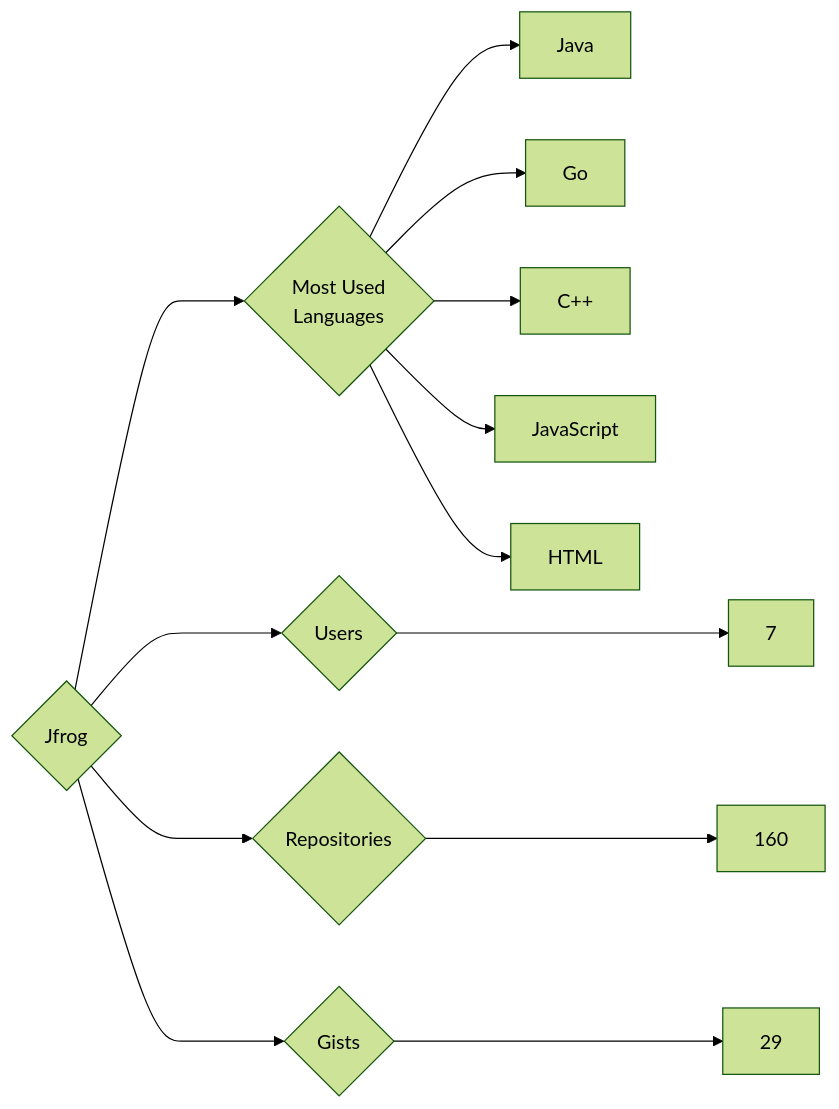
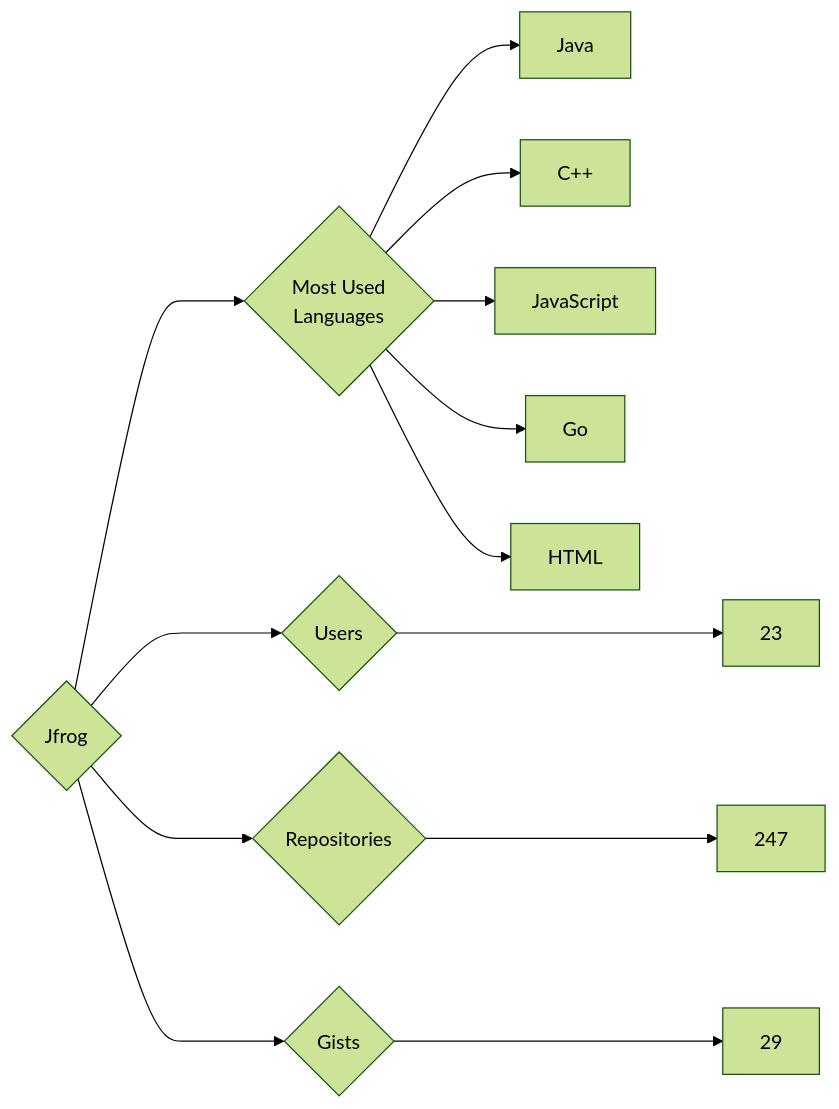
The diagram in targets/Jfrog/README.md (trickest/insiders), drawn with Mermaid (forest theme) before and after one commit. The commit also changed 899 other files, not shown here.

````diff
--- a/targets/Jfrog/README.md
+++ b/targets/Jfrog/README.md
@@ -3,13 +3,13 @@
 ```mermaid
 graph LR
 COMPANY_NAME{Jfrog}
-COMPANY_NAME ---> U{Users} ---> UN[7]
-COMPANY_NAME ---> R{Repositories} ---> RN[160]
+COMPANY_NAME ---> U{Users} ---> UN[23]
+COMPANY_NAME ---> R{Repositories} ---> RN[247]
 COMPANY_NAME ---> G{Gists} ---> GN[29]
 COMPANY_NAME ---> ML{Most Used<br>Languages}
 ML --> Java[Java]
-ML --> Go[Go]
 ML --> C++[C++]
 ML --> JavaScript[JavaScript]
+ML --> Go[Go]
 ML --> HTML[HTML]
 ```
````
